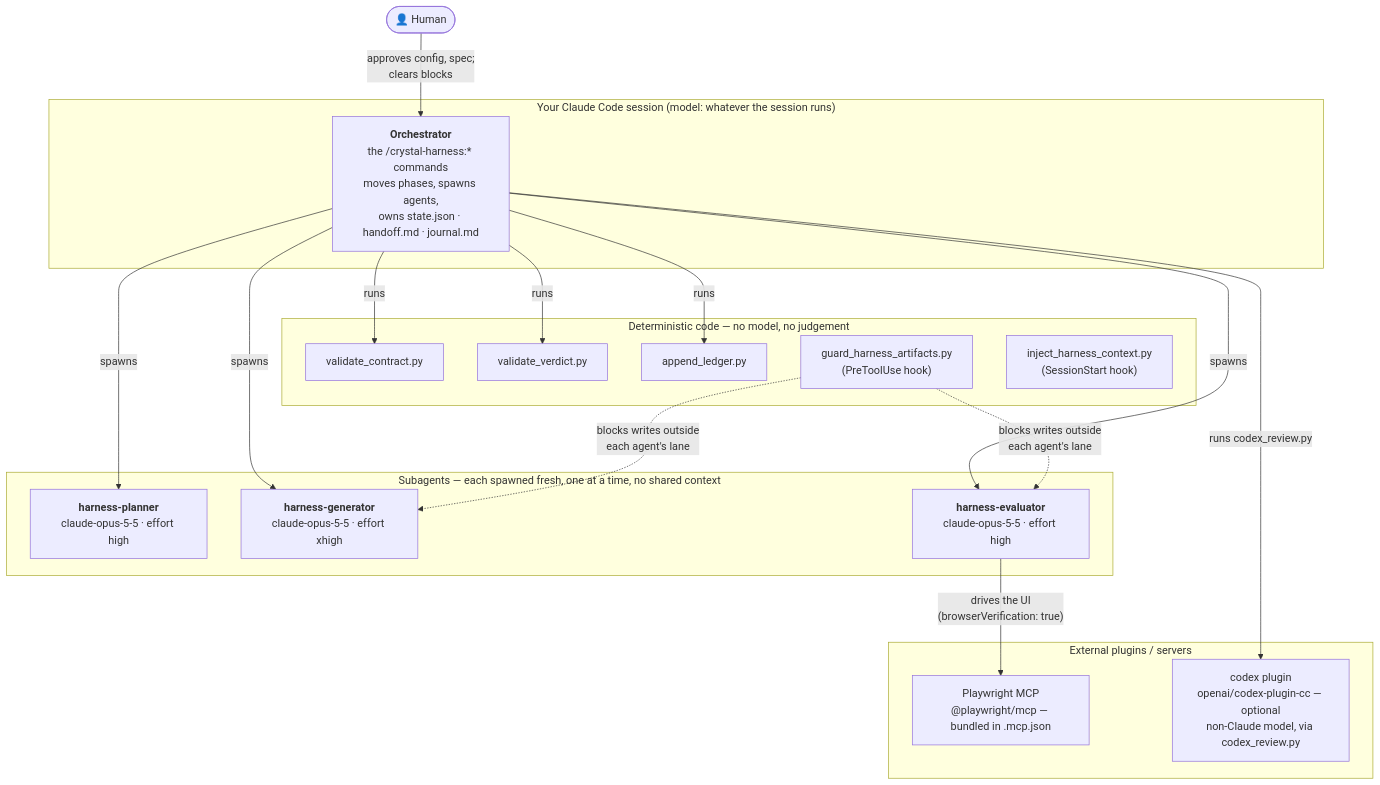
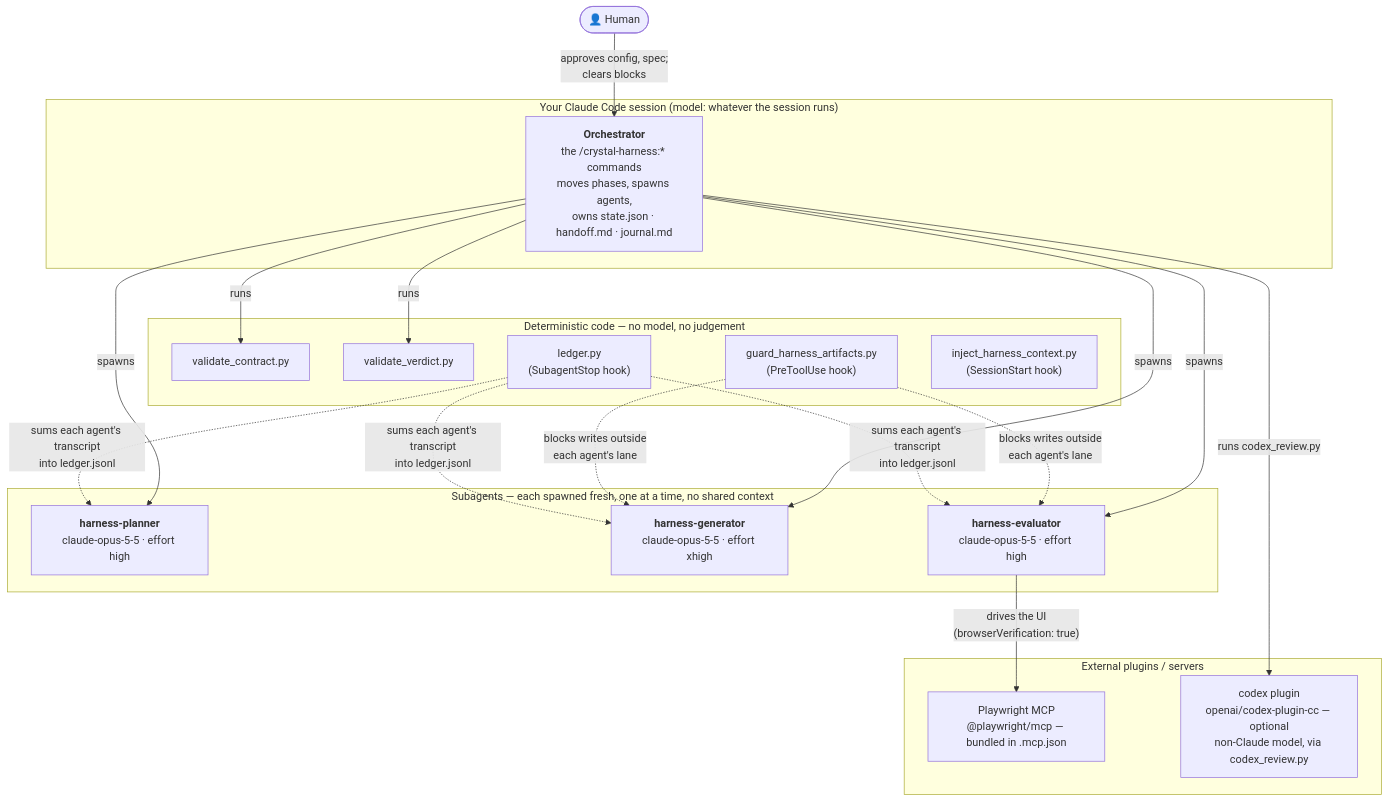
The first of 3 diagrams in README.md (YukiTominaga/claude-harness), drawn with Mermaid before and after one commit. The commit also changed 18 other files, not shown here.

First line of the commit message:
feat(crystal-harness)!: transcript-based cost ledger and guard fix for namespaced agent_type (0.10.0) (#3)

````diff
--- a/README.md
+++ b/README.md
@@ -32,34 +32,35 @@
 ```mermaid
 flowchart TB
     human(["👤 Human"])
 
     subgraph session["Your Claude Code session (model: whatever the session runs)"]
         orch["<b>Orchestrator</b><br/>the /crystal-harness:* commands<br/>moves phases, spawns agents,<br/>owns state.json · handoff.md · journal.md"]
     end
 
     subgraph agents["Subagents — each spawned fresh, one at a time, no shared context"]
         planner["<b>harness-planner</b><br/>claude-opus-5-5 · effort high"]
         gen["<b>harness-generator</b><br/>claude-opus-5-5 · effort xhigh"]
         evalr["<b>harness-evaluator</b><br/>claude-opus-5-5 · effort high"]
     end
 
     subgraph det["Deterministic code — no model, no judgement"]
         vc["validate_contract.py"]
         vv["validate_verdict.py"]
-        led["append_ledger.py"]
+        led["ledger.py<br/>(SubagentStop hook)"]
         guard["guard_harness_artifacts.py<br/>(PreToolUse hook)"]
         inject["inject_harness_context.py<br/>(SessionStart hook)"]
     end
 
     subgraph ext["External plugins / servers"]
         pw["Playwright MCP<br/>@playwright/mcp — bundled in .mcp.json"]
         codex["codex plugin<br/>openai/codex-plugin-cc — optional<br/>non-Claude model, via codex_review.py"]
     end
 
     human -- "approves config, spec;<br/>clears blocks" --> orch
     orch -- spawns --> planner & gen & evalr
-    orch -- runs --> vc & vv & led
+    orch -- runs --> vc & vv
     orch -- "runs codex_review.py" --> codex
     evalr -- "drives the UI<br/>(browserVerification: true)" --> pw
     guard -. "blocks writes outside<br/>each agent's lane" .-> gen & evalr
+    led -. "sums each agent's transcript<br/>into ledger.jsonl" .-> planner & gen & evalr
 ```
````
